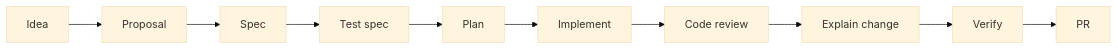
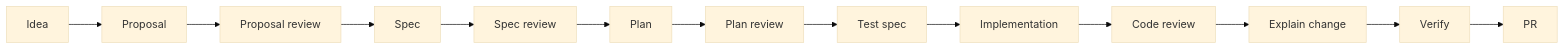
Before and after one commit to xiongxianfei/rigorloop: the diagram in README.md, drawn with Mermaid (base theme). The commit also changed other lines of this file and 6 other files, not shown here.

````diff
--- a/README.md
+++ b/README.md
@@ -66,12 +55,15 @@
 ```mermaid
 flowchart LR
   A[Idea] --> B[Proposal]
-  B --> C[Spec]
-  C --> D[Test spec]
-  D --> E[Plan]
-  E --> F[Implement]
-  F --> G[Code review]
-  G --> H[Explain change]
-  H --> I[Verify]
-  I --> J[PR]
+  B --> C[Proposal review]
+  C --> D[Spec]
+  D --> E[Spec review]
+  E --> F[Plan]
+  F --> G[Plan review]
+  G --> H[Test spec]
+  H --> I[Implementation]
+  I --> J[Code review]
+  J --> K[Explain change]
+  K --> L[Verify]
+  L --> M[PR]
 ```
````
